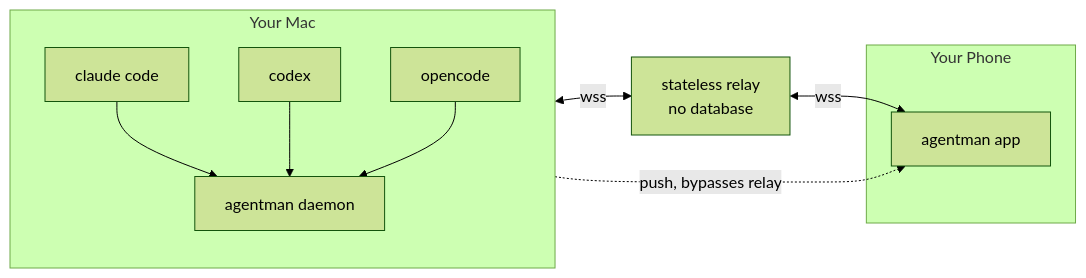
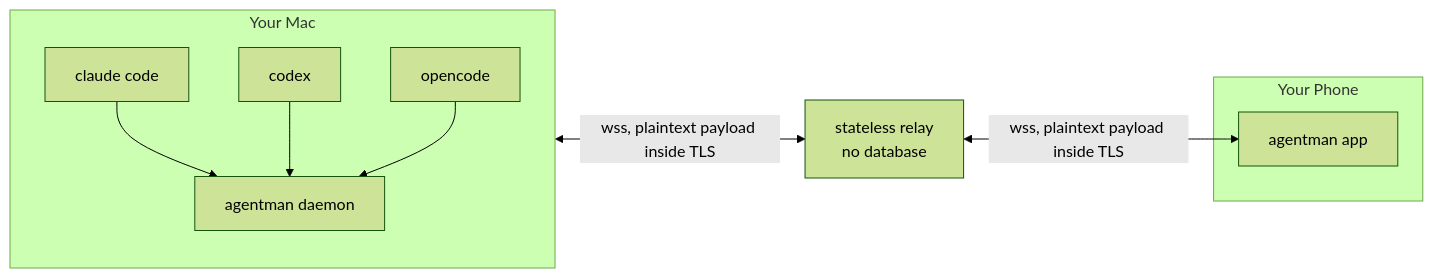
Before and after one commit to lenajeremy/agentman: the diagram in README.md, drawn with Mermaid (forest theme). The commit also changed other lines of this file and 7 other files, not shown here.

````diff
--- a/README.md
+++ b/README.md
@@ -82,23 +86,22 @@
 ```mermaid
 flowchart LR
     subgraph mac["Your Mac"]
         direction TB
         cc["claude code"]
         cx["codex"]
         oc["opencode"]
         daemon["agentman daemon"]
         cc --> daemon
         cx --> daemon
         oc --> daemon
     end
 
     relay["stateless relay<br/>no database"]
 
     subgraph phone["Your Phone"]
         app["agentman app"]
     end
 
-    daemon <-->|wss| relay
-    relay <-->|wss| app
-    daemon -.->|push, bypasses relay| app
+    daemon <-->|wss, plaintext payload inside TLS| relay
+    relay <-->|wss, plaintext payload inside TLS| app
 ```
````
